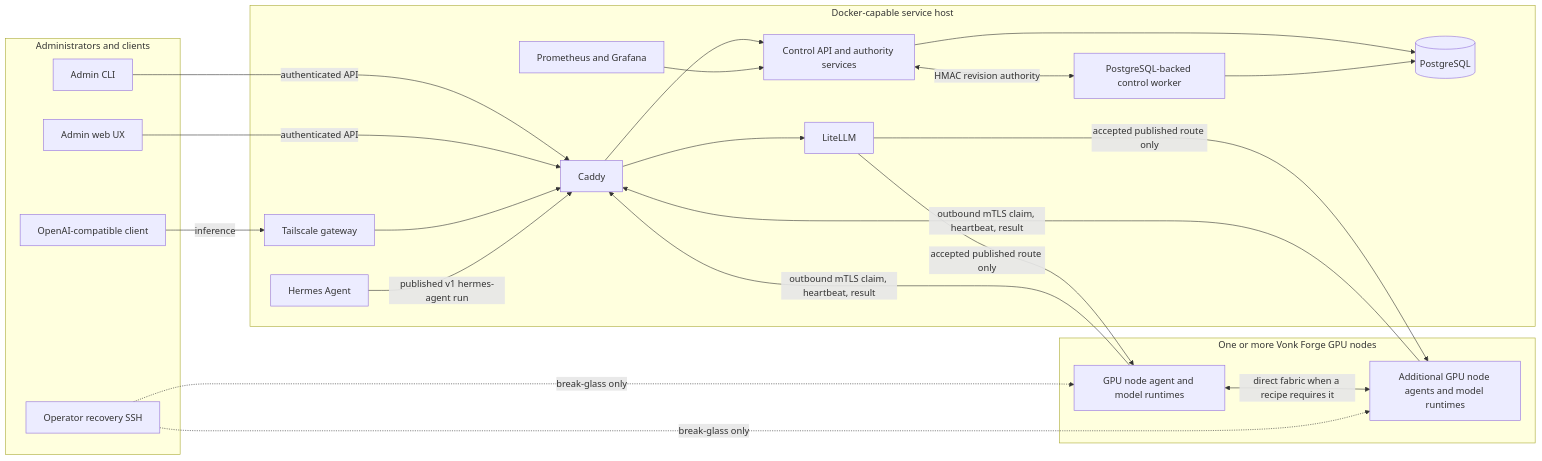
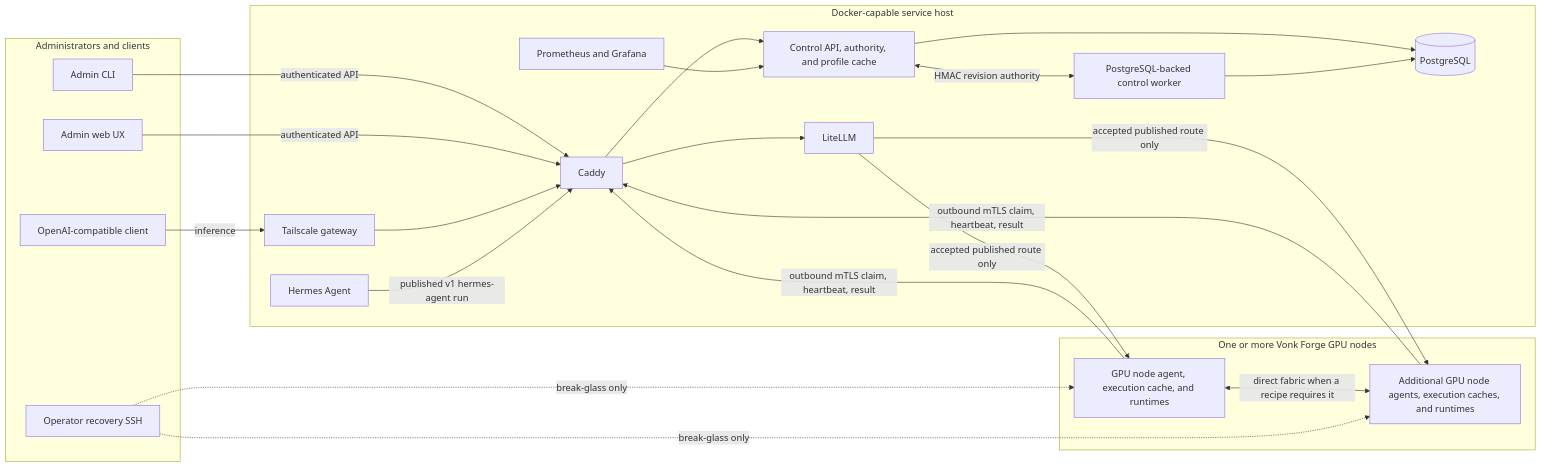
Before and after one commit to CarstVaartjes/vonk-forge: the diagram in docs/architecture-overview.md, drawn with Mermaid. The commit also changed other lines of this file and 12 other files, not shown here.

Commit message:
docs: align profile lifecycle with NAS cache authority

````diff
--- a/docs/architecture-overview.md
+++ b/docs/architecture-overview.md
@@ -16,42 +18,42 @@
 ```mermaid
 flowchart LR
     subgraph users[Administrators and clients]
         cli[Admin CLI]
         web[Admin web UX]
         client[OpenAI-compatible client]
         operator[Operator recovery SSH]
     end
 
     subgraph host[Docker-capable service host]
         tailscale[Tailscale gateway]
         caddy[Caddy]
-        api[Control API and authority services]
+        api[Control API, authority, and profile cache]
         worker[PostgreSQL-backed control worker]
         db[(PostgreSQL)]
         litellm[LiteLLM]
         hermes[Hermes Agent]
         telemetry[Prometheus and Grafana]
     end
 
     subgraph nodes[One or more Vonk Forge GPU nodes]
-        s1[GPU node agent and model runtimes]
-        sn[Additional GPU node agents and model runtimes]
+        s1[GPU node agent, execution cache, and runtimes]
+        sn[Additional GPU node agents, execution caches, and runtimes]
     end
 
     cli -->|authenticated API| caddy
     web -->|authenticated API| caddy
     client -->|inference| tailscale --> caddy --> litellm
     caddy --> api
     api --> db
     worker --> db
     api <-->|HMAC revision authority| worker
     hermes -->|published v1 hermes-agent run| caddy
     telemetry --> api
     litellm -->|accepted published route only| s1
     litellm -->|accepted published route only| sn
     s1 -->|outbound mTLS claim, heartbeat, result| caddy
     sn -->|outbound mTLS claim, heartbeat, result| caddy
     s1 <-->|direct fabric when a recipe requires it| sn
     operator -. break-glass only .-> s1
     operator -. break-glass only .-> sn
 ```
````
